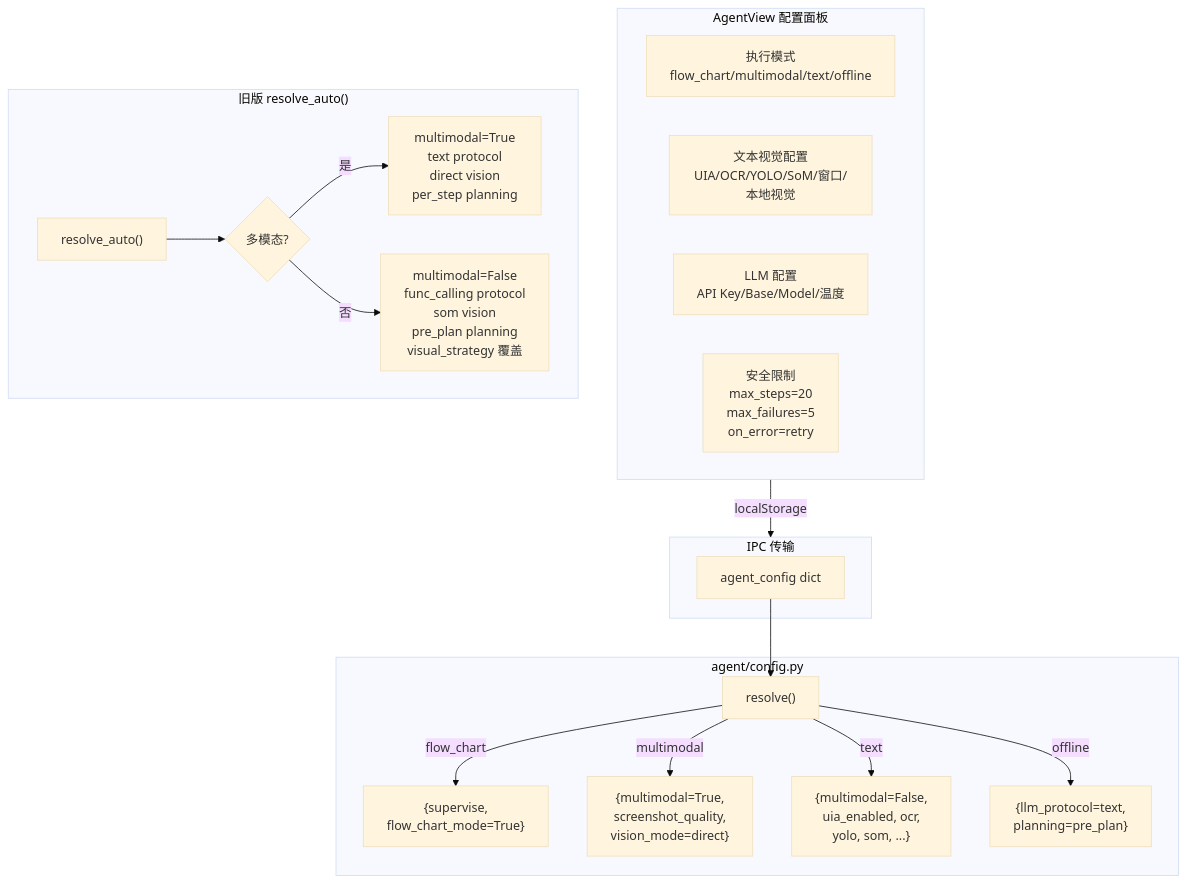
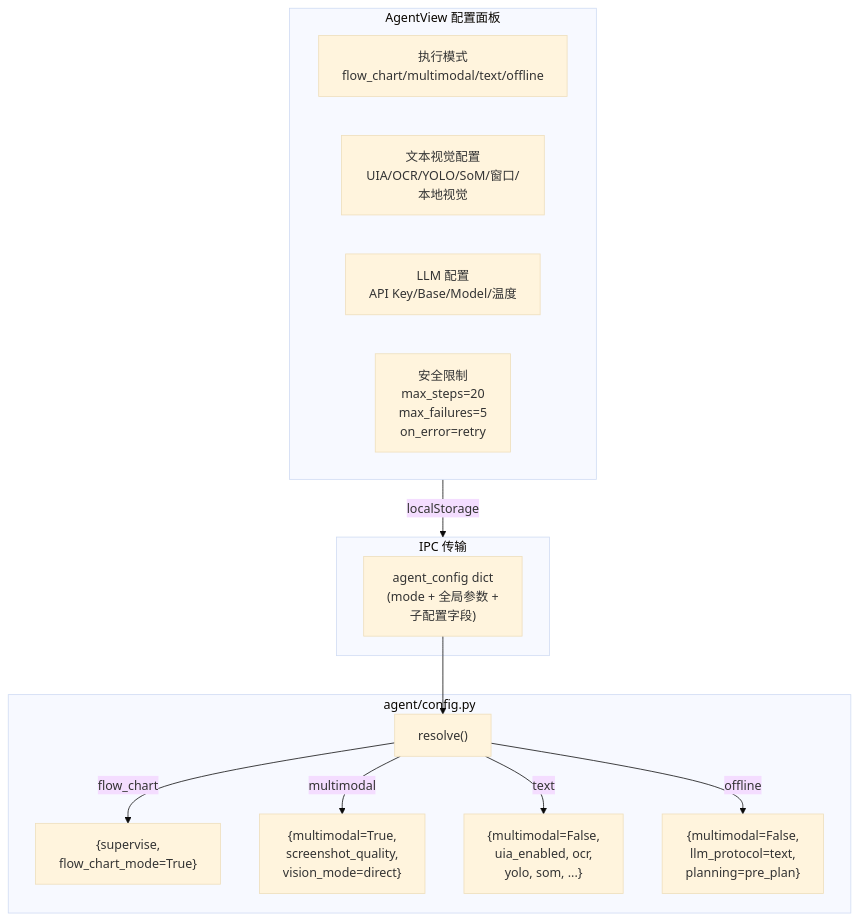
One commit to zoujiapeng/lingdong-script changed the fourth of 5 diagrams in docs/agent-runtime.md. Above: the diagram before and after it, drawn with Mermaid (base theme). The commit also changed other lines of this file and 32 other files, not shown here.

Commit message:
refactor: agent 模块拆分与重构 — text_protocol 独立模块/UIA 策略/测试

````diff
--- a/docs/agent-runtime.md
+++ b/docs/agent-runtime.md
@@ -220,30 +206,24 @@
 ```mermaid
 graph TB
     subgraph Frontend["AgentView 配置面板"]
         ExecutionMode["执行模式<br/>flow_chart/multimodal/text/offline"]
         TextVision["文本视觉配置<br/>UIA/OCR/YOLO/SoM/窗口/本地视觉"]
         LLMConfig["LLM 配置<br/>API Key/Base/Model/温度"]
         Safety["安全限制<br/>max_steps=20<br/>max_failures=5<br/>on_error=retry"]
     end
 
     Frontend --> |localStorage| IPC
     
     subgraph IPC["IPC 传输"]
-        Config["agent_config dict"]
+        Config["agent_config dict<br/>(mode + 全局参数 +<br/>子配置字段)"]
     end
 
     Config --> Resolve
     
     subgraph AgentConfig["agent/config.py"]
         Resolve["resolve()"] --> |flow_chart| FC["{supervise,<br/>flow_chart_mode=True}"]
         Resolve --> |multimodal| MM["{multimodal=True,<br/>screenshot_quality,<br/>vision_mode=direct}"]
         Resolve --> |text| TX["{multimodal=False,<br/>uia_enabled, ocr,<br/>yolo, som, ...}"]
-        Resolve --> |offline| OFF["{llm_protocol=text,<br/>planning=pre_plan}"]
-    end
-
-    subgraph OldPath["旧版 resolve_auto()"]
-        Auto["resolve_auto()"] --> Multi{"多模态?"}
-        Multi -->|是| AM["multimodal=True<br/>text protocol<br/>direct vision<br/>per_step planning"]
-        Multi -->|否| AN["multimodal=False<br/>func_calling protocol<br/>som vision<br/>pre_plan planning<br/>visual_strategy 覆盖"]
+        Resolve --> |offline| OFF["{multimodal=False,<br/>llm_protocol=text,<br/>planning=pre_plan}"]
     end
 ```
````
